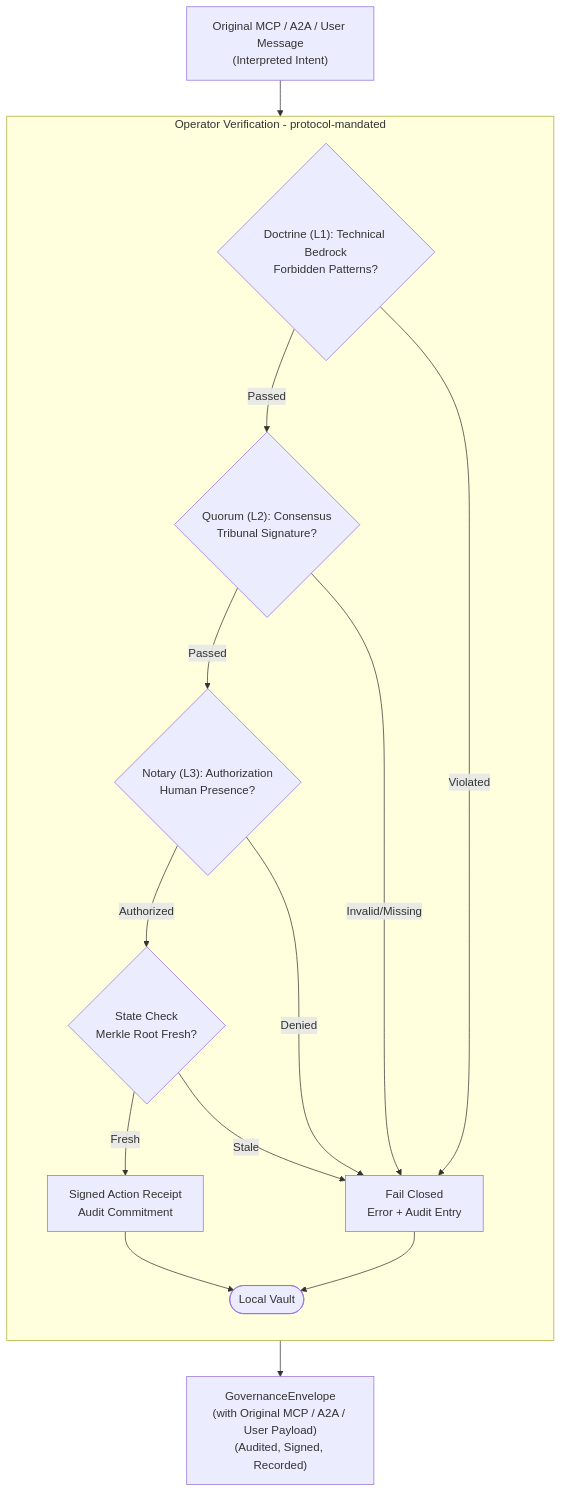
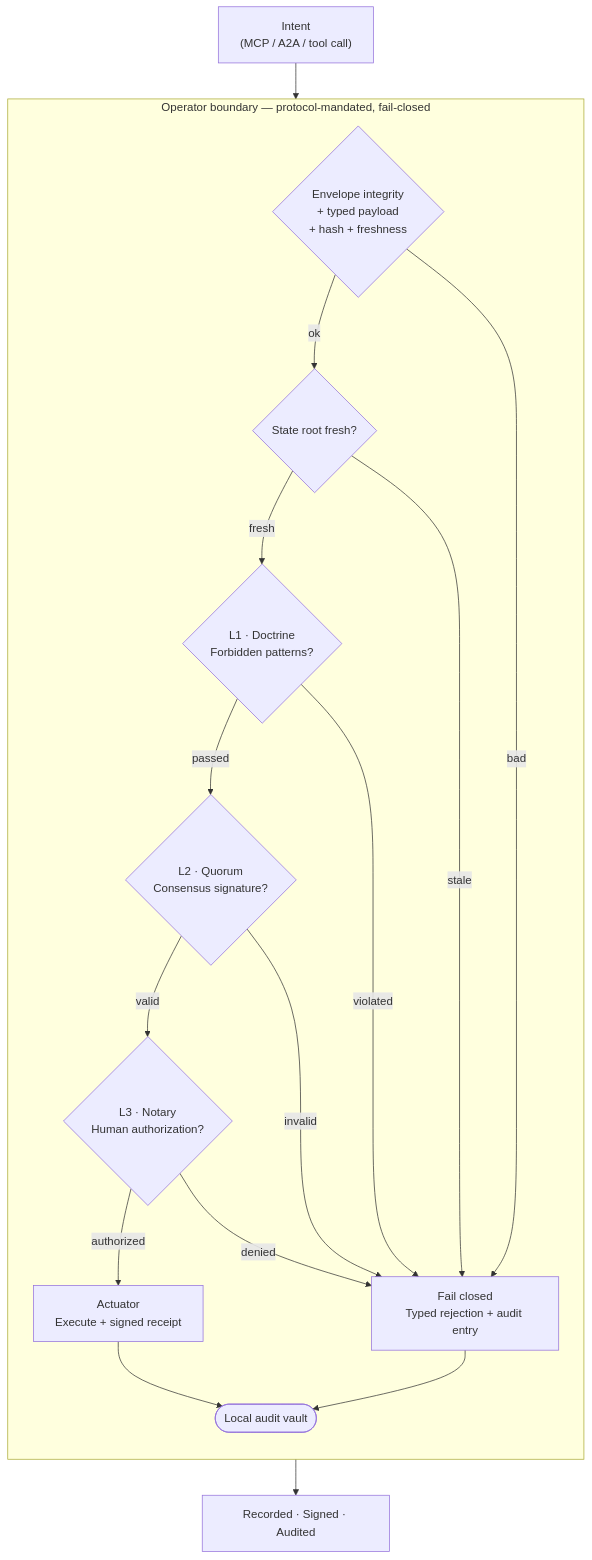
The second of 2 diagrams in README.md (g8e-ai/g8e), drawn with Mermaid before and after one commit. The commit also changed other lines of this file and 46 other files, not shown here.

````diff
--- a/README.md
+++ b/README.md
@@ -56,36 +136,34 @@
 ```mermaid
 graph TD
-    Start["Original MCP / A2A / User Message<br/>(Interpreted Intent)"]
+    Start["Intent<br/>(MCP / A2A / tool call)"]
 
-    subgraph Verification ["Operator Verification - protocol-mandated"]
+    subgraph Operator ["Operator boundary — protocol-mandated, fail-closed"]
         direction TB
-        L1{"Doctrine (L1): Technical Bedrock<br/>Forbidden Patterns?"}
-        L2{"Quorum (L2): Consensus<br/>Tribunal Signature?"}
-        L3{"Notary (L3): Authorization<br/>Human Presence?"}
-        State{"State Check<br/>Merkle Root Fresh?"}
-        
-        FailClosed["Fail Closed<br/>Error + Audit Entry"]
-        Actuator["Signed Action Receipt<br/>Audit Commitment"]
-        LocalVault([Local Vault])
+        Pre{"Envelope integrity<br/>+ typed payload<br/>+ hash + freshness"}
+        State{"State root fresh?"}
+        L1{"L1 · Doctrine<br/>Forbidden patterns?"}
+        L2{"L2 · Quorum<br/>Consensus signature?"}
+        L3{"L3 · Notary<br/>Human authorization?"}
+        Fail["Fail closed<br/>Typed rejection + audit entry"]
+        Act["Actuator<br/>Execute + signed receipt"]
+        Vault([Local audit vault])
 
-        L1 -- "Passed" --> L2
-        L1 -- "Violated" ----> FailClosed
-        
-        L2 -- "Passed" --> L3
-        L2 -- "Invalid/Missing" ---> FailClosed
-        
-        L3 -- "Authorized" --> State
-        L3 -- "Denied" --> FailClosed
-        
-        State -- "Fresh" --> Actuator
-        State -- "Stale" --> FailClosed
+        Pre -- ok --> State
+        State -- fresh --> L1
+        L1 -- passed --> L2
+        L2 -- valid --> L3
+        L3 -- authorized --> Act
 
-        Actuator --> LocalVault
-        FailClosed --> LocalVault
+        Pre -- bad --> Fail
+        State -- stale --> Fail
+        L1 -- violated --> Fail
+        L2 -- invalid --> Fail
+        L3 -- denied --> Fail
+
+        Act --> Vault
+        Fail --> Vault
     end
 
-    LocalVault --> Destination["GovernanceEnvelope<br/>(with Original MCP / A2A / User Payload)<br/>(Audited, Signed, Recorded)"]
-
-    Start --> L1
-
+    Start --> Pre
+    Vault --> Done["Recorded · Signed · Audited"]
 ```
````
